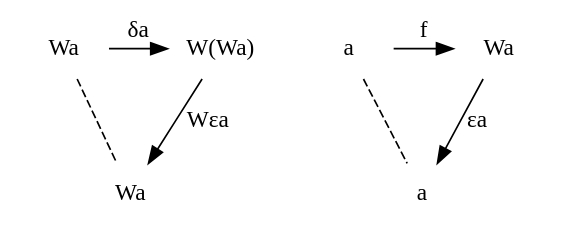
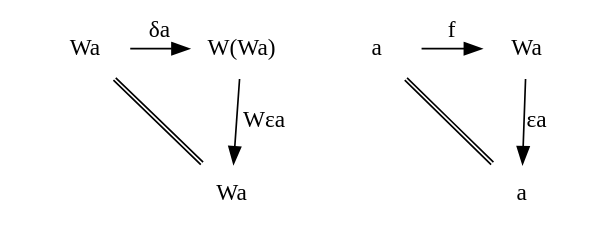
Before and after one commit to evenbrenden/ct4p-challenges: the diagram in chapter25-challenge2-triangular-identities.dot, drawn with Graphviz. The commit also changed 2 other files, not shown here.

```diff
--- a/chapter25-challenge2-triangular-identities.dot
+++ b/chapter25-challenge2-triangular-identities.dot
@@ -1,23 +1,27 @@
 digraph {
   node [shape=plaintext]
 
   WaL1 [label="Wa"]
   WaR1 [label="Wa"]
   WWa1 [label="W(Wa)"]
+  dummy1 [style=invis]
 
   { rank=same WaL1 WWa1 }
 
   WaL1 -> WWa1 [label="δa"]
   WWa1 -> WaR1 [label="Wεa"]
-  WaL1 -> WaR1 [label="" style=dashed arrowhead=none]
+  WaL1 -> WaR1 [label="" color="black:black" arrowhead=none]
+  WaL1 -> dummy1 [style=invis]
 
   aL2 [label="a"]
   aR2 [label="a"]
   Wa2 [label="Wa"]
+  dummy2 [style=invis]
 
   { rank=same aL2 Wa2 }
 
   aL2 -> Wa2 [label="f"]
   Wa2 -> aR2 [label="εa"]
-  aL2 -> aR2 [label="" style=dashed arrowhead=none]
+  aL2 -> aR2 [label="" color="black:black" arrowhead=none]
+  aL2 -> dummy2 [style=invis]
 }
```
